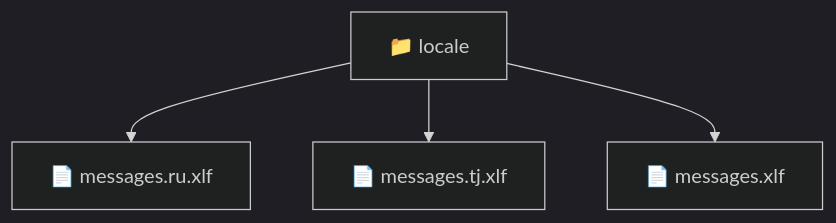
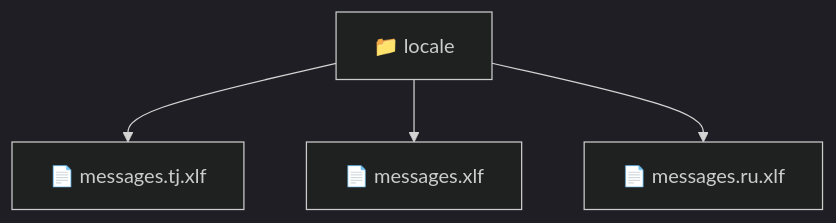
The diagram in frontend/src/locale/README.md (beginwebdev2002/fullstack-mavluda), drawn with Mermaid (dark theme) before and after one commit. The commit also changed other lines of this file and 164 other files, not shown here.

First line of the commit message:
docs: generate robust autonomous architectural documentation

````diff
--- a/frontend/src/locale/README.md
+++ b/frontend/src/locale/README.md
@@ -9,7 +11,7 @@
 ```mermaid
 graph TD
-  Root["📁 locale"]
-  Root --> messages_ru_xlf["📄 messages.ru.xlf"]
-  Root --> messages_tj_xlf["📄 messages.tj.xlf"]
-  Root --> messages_xlf["📄 messages.xlf"]
+    f_locale["📁 locale"]
+    f_locale --> f_messages_tj_xlf["📄 messages.tj.xlf"]
+    f_locale --> f_messages_xlf["📄 messages.xlf"]
+    f_locale --> f_messages_ru_xlf["📄 messages.ru.xlf"]
 ```
````
